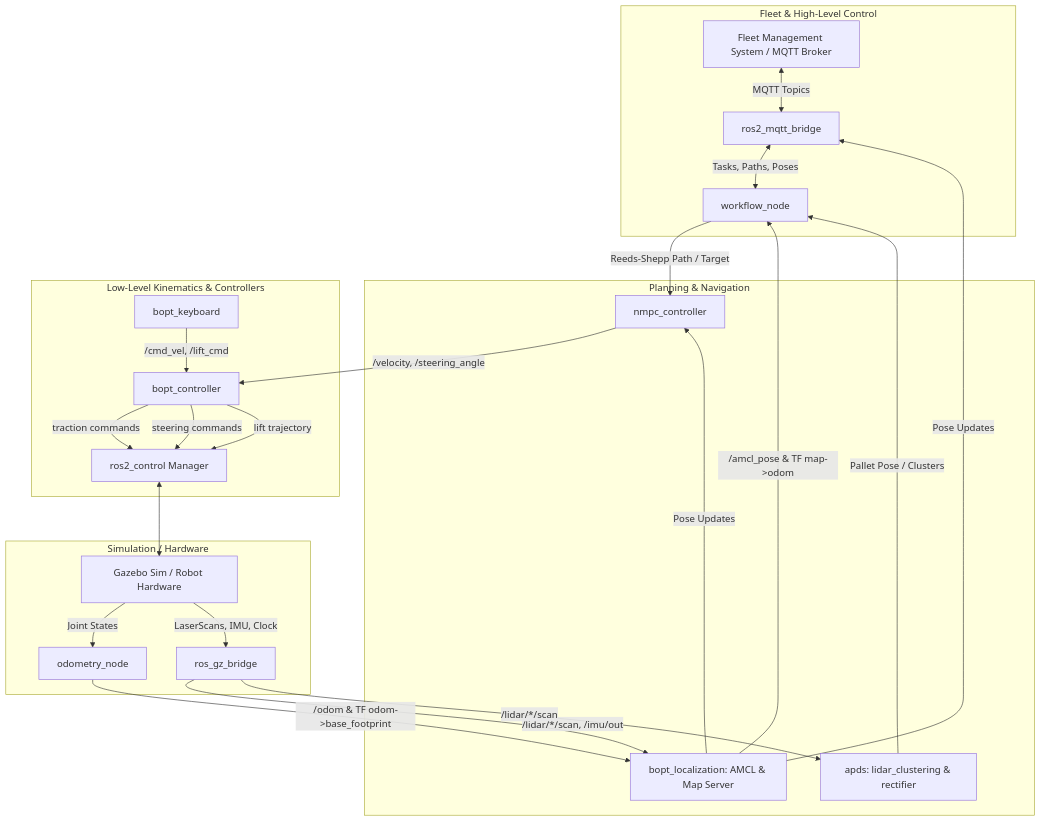
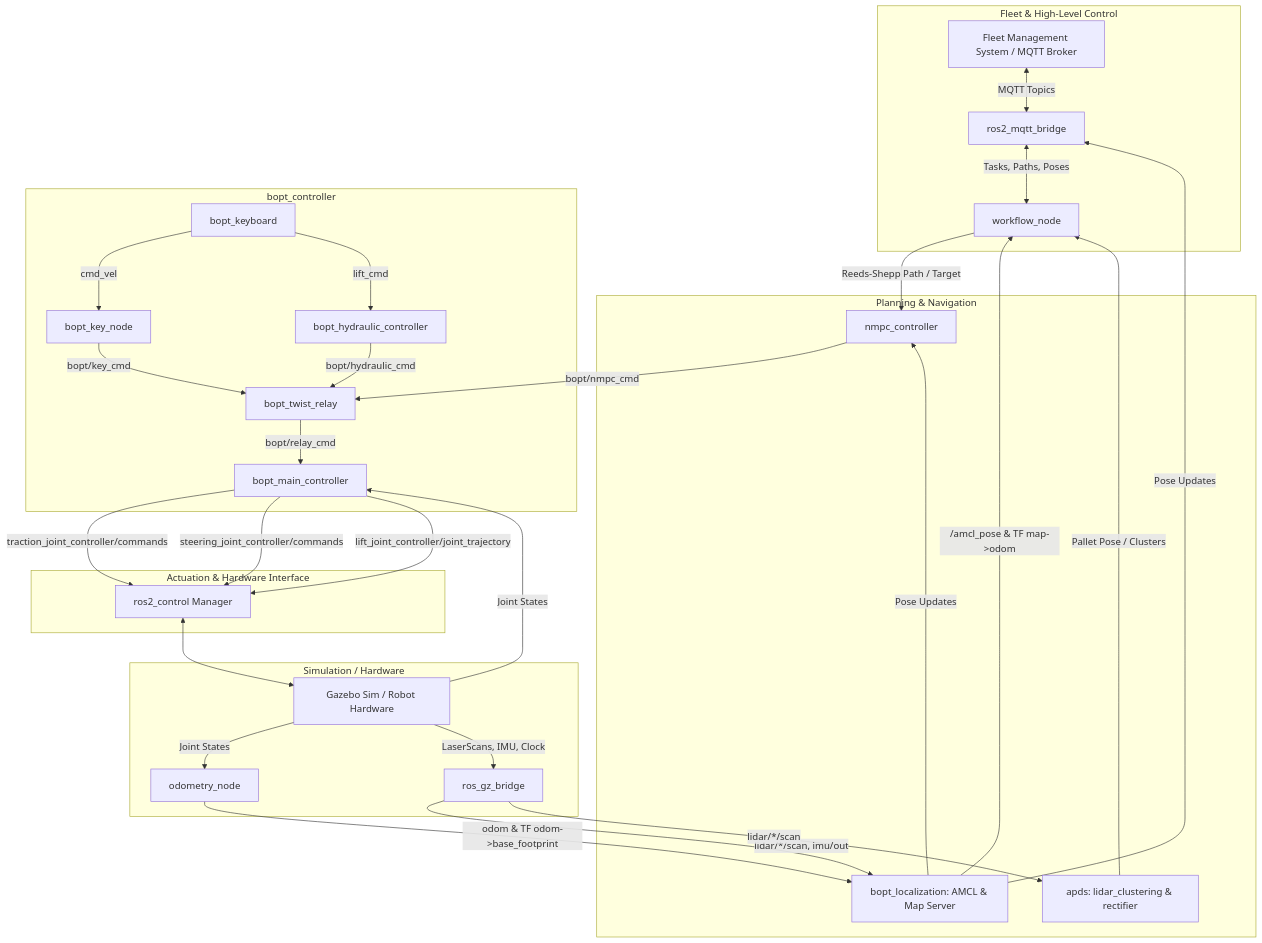
The diagram in README.md (Vinay-jkw/bopt_ws), drawn with Mermaid before and after one commit. The commit also changed other lines of this file and 10 other files, not shown here.

````diff
--- a/README.md
+++ b/README.md
@@ -30,32 +30,42 @@
 ```mermaid
 flowchart TD
     subgraph Fleet & High-Level Control
         FMS[Fleet Management System / MQTT Broker] <-->|MQTT Topics| MQTT[ros2_mqtt_bridge]
         MQTT <-->|Tasks, Paths, Poses| WN[workflow_node]
     end
 
     subgraph Planning & Navigation
         WN -->|Reeds-Shepp Path / Target| NMPC[nmpc_controller]
         APDS[apds: lidar_clustering & rectifier] -->|Pallet Pose / Clusters| WN
         LOC[bopt_localization: AMCL & Map Server] -->|/amcl_pose & TF map->odom| WN
         LOC -->|Pose Updates| NMPC
         LOC -->|Pose Updates| MQTT
     end
 
-    subgraph Low-Level Kinematics & Controllers
-        NMPC -->|/velocity, /steering_angle| BCTRL[bopt_controller]
-        TELEOP[bopt_keyboard] -->|/cmd_vel, /lift_cmd| BCTRL
-        BCTRL -->|traction commands| ROS2_CTRL[ros2_control Manager]
-        BCTRL -->|steering commands| ROS2_CTRL
-        BCTRL -->|lift trajectory| ROS2_CTRL
+    subgraph Modular Controller Pipeline [bopt_controller]
+        TELEOP[bopt_keyboard] -->|cmd_vel| KEY_NODE[bopt_key_node]
+        TELEOP -->|lift_cmd| HYD_CTRL[bopt_hydraulic_controller]
+        
+        NMPC -->|bopt/nmpc_cmd| RELAY[bopt_twist_relay]
+        KEY_NODE -->|bopt/key_cmd| RELAY
+        HYD_CTRL -->|bopt/hydraulic_cmd| RELAY
+
+        RELAY -->|bopt/relay_cmd| MAIN_CTRL[bopt_main_controller]
+    end
+
+    subgraph Actuation & Hardware Interface
+        MAIN_CTRL -->|traction_joint_controller/commands| ROS2_CTRL[ros2_control Manager]
+        MAIN_CTRL -->|steering_joint_controller/commands| ROS2_CTRL
+        MAIN_CTRL -->|lift_joint_controller/joint_trajectory| ROS2_CTRL
     end
 
     subgraph Simulation / Hardware
         ROS2_CTRL <--> GZ[Gazebo Sim / Robot Hardware]
+        GZ -->|Joint States| MAIN_CTRL
         GZ -->|Joint States| ODOM[odometry_node]
-        ODOM -->|/odom & TF odom->base_footprint| LOC
+        ODOM -->|odom & TF odom->base_footprint| LOC
         GZ -->|LaserScans, IMU, Clock| BRIDGE[ros_gz_bridge]
-        BRIDGE -->|/lidar/*/scan, /imu/out| LOC
-        BRIDGE -->|/lidar/*/scan| APDS
+        BRIDGE -->|lidar/*/scan, imu/out| LOC
+        BRIDGE -->|lidar/*/scan| APDS
     end
 ```
````
